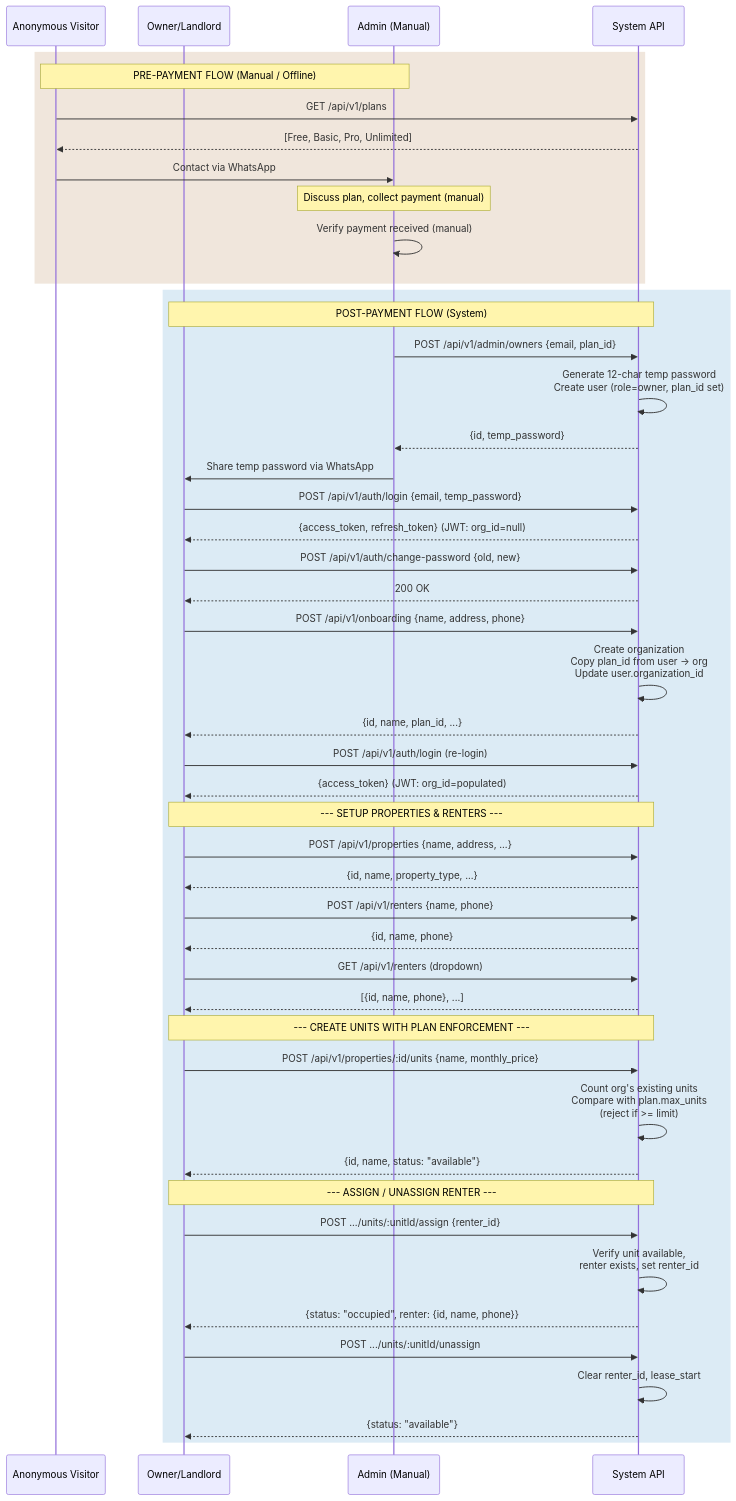
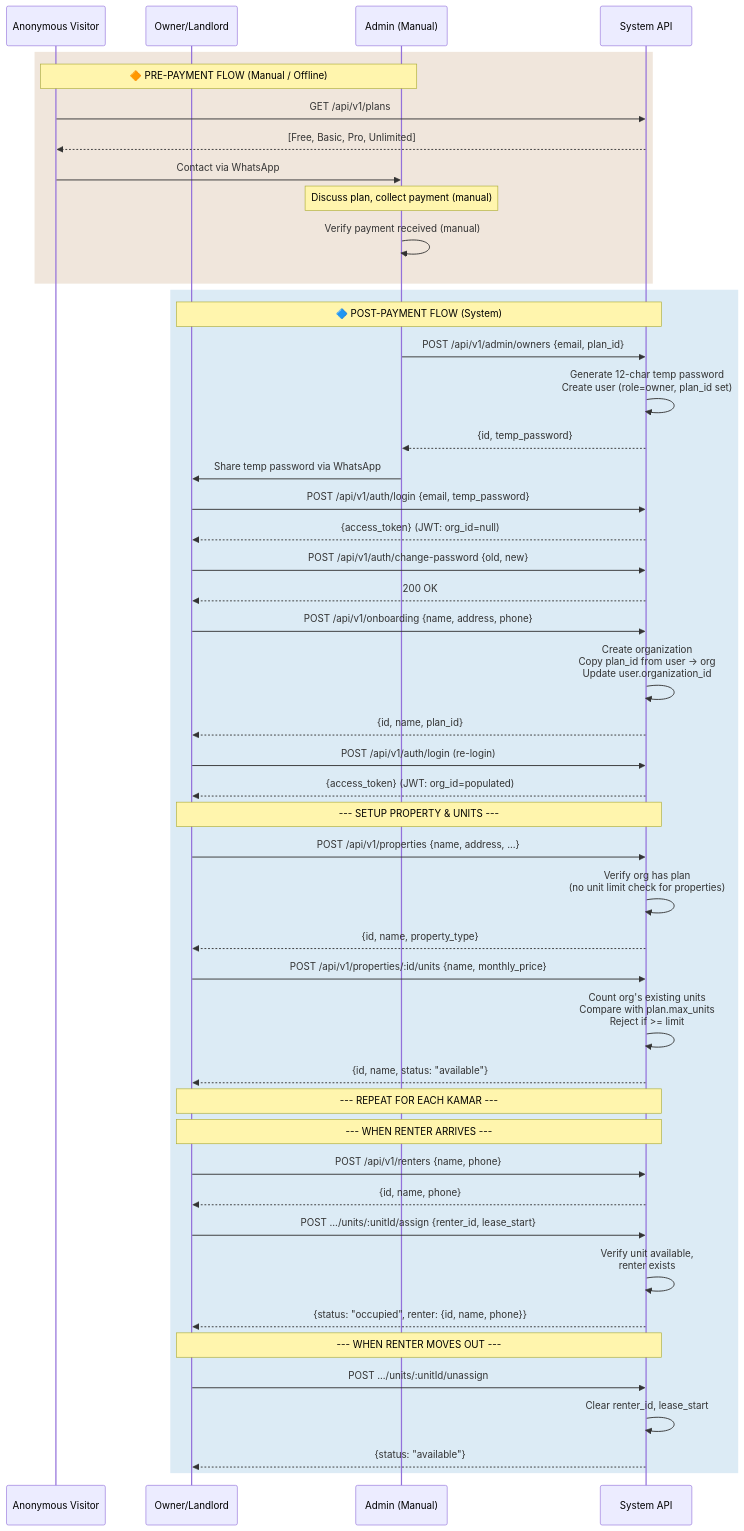
The diagram in README.md (Yayanjay/zenlabs-flowershow), drawn with Mermaid before and after one commit.

````diff
--- a/README.md
+++ b/README.md
@@ -4,65 +4,65 @@
 ```mermaid
 sequenceDiagram
     participant V as Anonymous Visitor
     participant O as Owner/Landlord
     participant A as Admin (Manual)
     participant S as System API
 
     rect rgb(240, 230, 220)
-        Note over V,A: PRE-PAYMENT FLOW (Manual / Offline)
+        Note over V,A: 🔶 PRE-PAYMENT FLOW (Manual / Offline)
         V->>S: GET /api/v1/plans
         S-->>V: [Free, Basic, Pro, Unlimited]
         V->>A: Contact via WhatsApp
         Note over A: Discuss plan, collect payment (manual)
         A->>A: Verify payment received (manual)
     end
 
     rect rgb(220, 235, 245)
-        Note over O,S: POST-PAYMENT FLOW (System)
+        Note over O,S: 🔷 POST-PAYMENT FLOW (System)
 
         A->>S: POST /api/v1/admin/owners {email, plan_id}
         S->>S: Generate 12-char temp password<br/>Create user (role=owner, plan_id set)
         S-->>A: {id, temp_password}
         A->>O: Share temp password via WhatsApp
 
         O->>S: POST /api/v1/auth/login {email, temp_password}
-        S-->>O: {access_token, refresh_token} (JWT: org_id=null)
+        S-->>O: {access_token} (JWT: org_id=null)
 
         O->>S: POST /api/v1/auth/change-password {old, new}
         S-->>O: 200 OK
 
         O->>S: POST /api/v1/onboarding {name, address, phone}
-        S->>S: Create organization<br/>Copy plan_id from user -> org<br/>Update user.organization_id
-        S-->>O: {id, name, plan_id, ...}
+        S->>S: Create organization<br/>Copy plan_id from user → org<br/>Update user.organization_id
+        S-->>O: {id, name, plan_id}
 
         O->>S: POST /api/v1/auth/login (re-login)
         S-->>O: {access_token} (JWT: org_id=populated)
 
-        Note over O,S: --- SETUP PROPERTIES & RENTERS ---
+        Note over O,S: --- SETUP PROPERTY & UNITS ---
 
         O->>S: POST /api/v1/properties {name, address, ...}
-        S-->>O: {id, name, property_type, ...}
+        S->>S: Verify org has plan<br/>(no unit limit check for properties)
+        S-->>O: {id, name, property_type}
+
+        O->>S: POST /api/v1/properties/:id/units {name, monthly_price}
+        S->>S: Count org's existing units<br/>Compare with plan.max_units<br/>Reject if >= limit
+        S-->>O: {id, name, status: "available"}
+
+        Note over O,S: --- REPEAT FOR EACH KAMAR ---
+
+        Note over O,S: --- WHEN RENTER ARRIVES ---
 
         O->>S: POST /api/v1/renters {name, phone}
         S-->>O: {id, name, phone}
 
-        O->>S: GET /api/v1/renters (dropdown)
-        S-->>O: [{id, name, phone}, ...]
+        O->>S: POST .../units/:unitId/assign {renter_id, lease_start}
+        S->>S: Verify unit available,<br/>renter exists
+        S-->>O: {status: "occupied", renter: {id, name, phone}}
 
-        Note over O,S: --- CREATE UNITS WITH PLAN ENFORCEMENT ---
-
-        O->>S: POST /api/v1/properties/:id/units {name, monthly_price}
-        S->>S: Count org's existing units<br/>Compare with plan.max_units<br/>(reject if >= limit)
-        S-->>O: {id, name, status: "available"}
-
-        Note over O,S: --- ASSIGN / UNASSIGN RENTER ---
-
-        O->>S: POST .../units/:unitId/assign {renter_id}
-        S->>S: Verify unit available,<br/>renter exists, set renter_id
-        S-->>O: {status: "occupied", renter: {id, name, phone}}
+        Note over O,S: --- WHEN RENTER MOVES OUT ---
 
         O->>S: POST .../units/:unitId/unassign
         S->>S: Clear renter_id, lease_start
         S-->>O: {status: "available"}
     end
 ```
````
